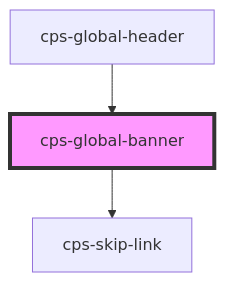
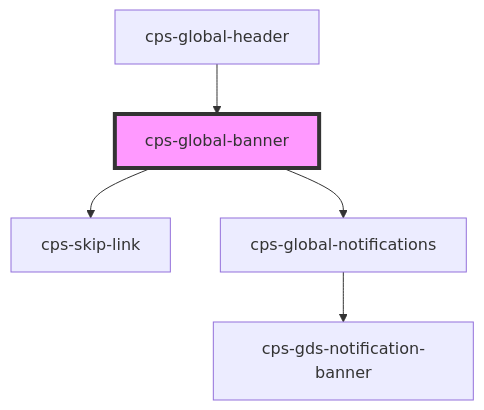
The diagram in packages/cps-global-components/src/components/cps-global-banner/readme.md (CPS-Innovation/global-components), drawn with Mermaid before and after one commit. The commit also changed other lines of this file and 50 other files, not shown here.

Commit message:
#FCT2-15518 - added configurable notification banner (#809)

````diff
--- a/packages/cps-global-components/src/components/cps-global-banner/readme.md
+++ b/packages/cps-global-components/src/components/cps-global-banner/readme.md
@@ -19,6 +20,8 @@
 ```mermaid
 graph TD;
   cps-global-banner --> cps-skip-link
+  cps-global-banner --> cps-global-notifications
+  cps-global-notifications --> cps-gds-notification-banner
   cps-global-header --> cps-global-banner
   style cps-global-banner fill:#f9f,stroke:#333,stroke-width:4px
 ```
````
